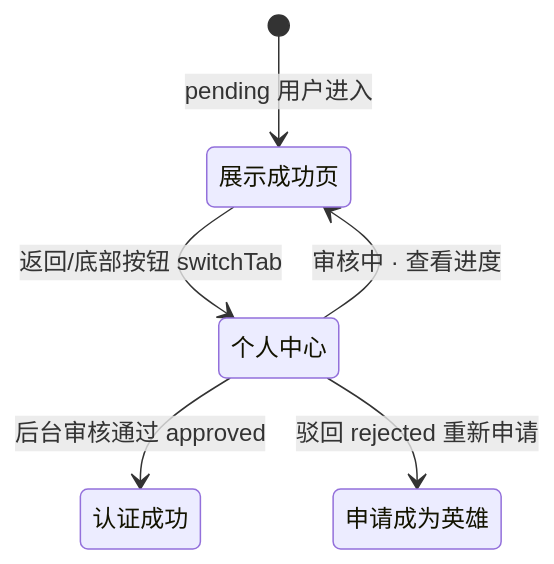
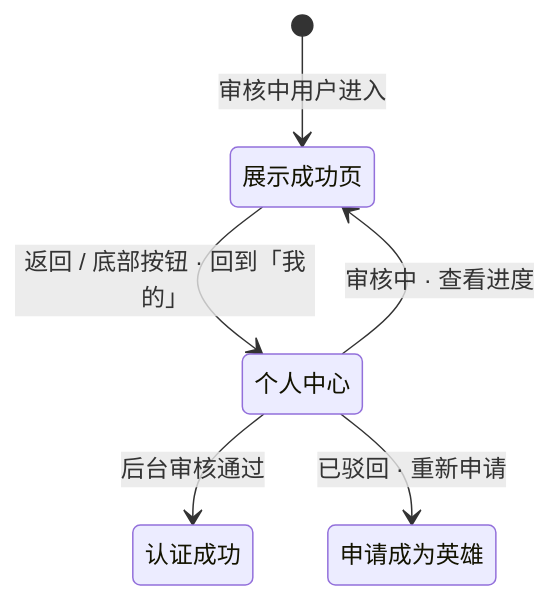
Before and after one commit to cgd1093702532-star/personal-site: the diagram in docs/miniprogram/pages/申请提交成功.md, drawn with Mermaid. The commit also changed other lines of this file and 216 other files, not shown here.

````diff
--- a/docs/miniprogram/pages/申请提交成功.md
+++ b/docs/miniprogram/pages/申请提交成功.md
@@ -63,8 +64,8 @@
 ```mermaid
 stateDiagram-v2
-  [*] --> 展示成功页: pending 用户进入
-  展示成功页 --> 个人中心: 返回/底部按钮 switchTab
+  [*] --> 展示成功页: 审核中用户进入
+  展示成功页 --> 个人中心: 返回 / 底部按钮 · 回到「我的」
   个人中心 --> 展示成功页: 审核中 · 查看进度
-  个人中心 --> 认证成功: 后台审核通过 approved
-  个人中心 --> 申请成为英雄: 驳回 rejected 重新申请
+  个人中心 --> 认证成功: 后台审核通过
+  个人中心 --> 申请成为英雄: 已驳回 · 重新申请
 ```
````
